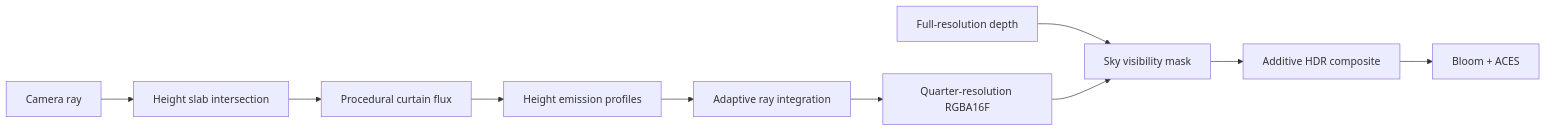
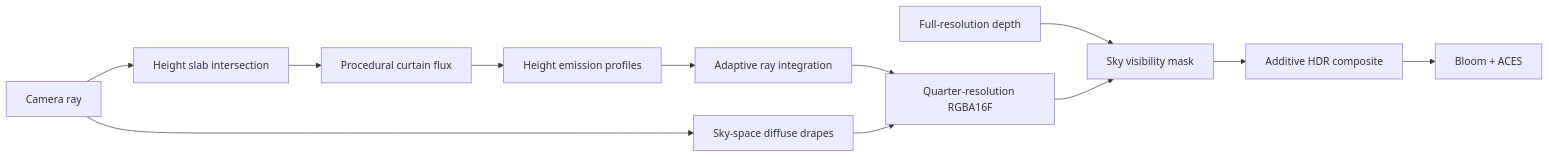
The diagram in docs/AURORA_RENDERING.md (lizuoshuo-lab/OpenGL), drawn with Mermaid before and after one commit. The commit also changed other lines of this file and 11 other files, not shown here.

Commit message:
Add animated diffuse aurora sky

````diff
--- a/docs/AURORA_RENDERING.md
+++ b/docs/AURORA_RENDERING.md
@@ -76,12 +88,14 @@
 ```mermaid
 flowchart LR
     RAY["Camera ray"] --> SLAB["Height slab intersection"]
+    RAY --> SKY["Sky-space diffuse drapes"]
     SLAB --> FIELD["Procedural curtain flux"]
     FIELD --> HEIGHT["Height emission profiles"]
     HEIGHT --> MARCH["Adaptive ray integration"]
     MARCH --> LOW["Quarter-resolution RGBA16F"]
+    SKY --> LOW
     DEPTH["Full-resolution depth"] --> MASK["Sky visibility mask"]
     LOW --> MASK
     MASK --> HDR["Additive HDR composite"]
     HDR --> BLOOM["Bloom + ACES"]
 ```
````
